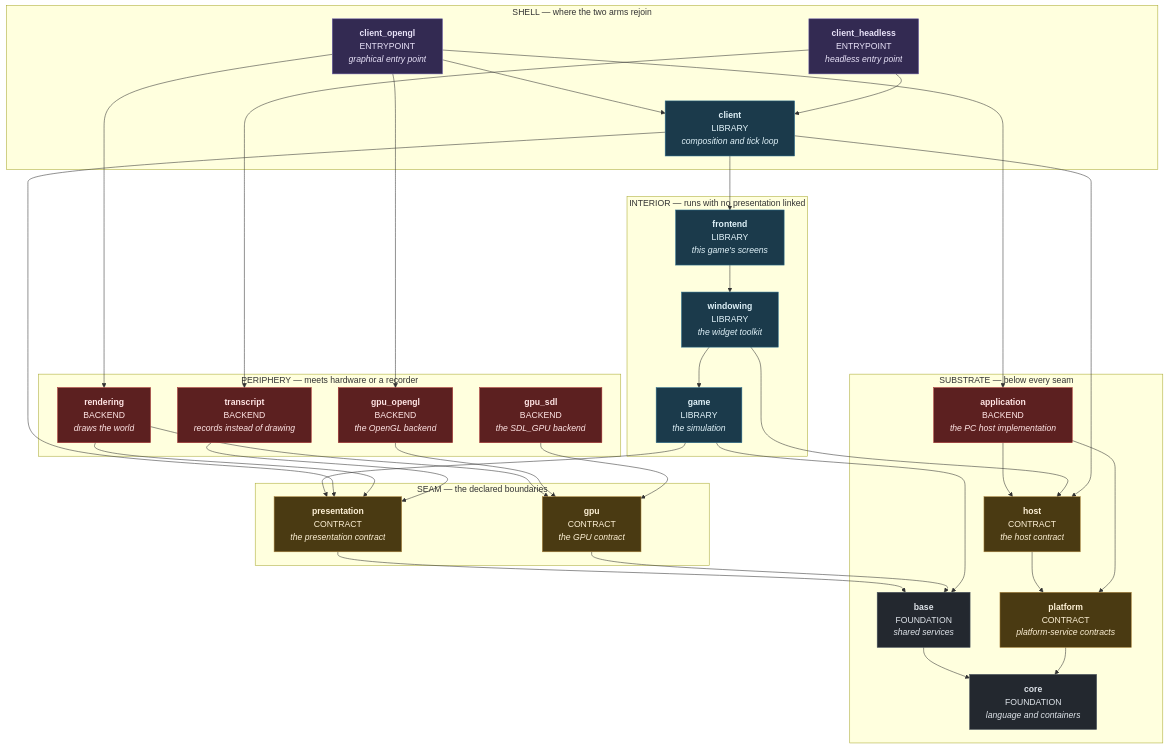
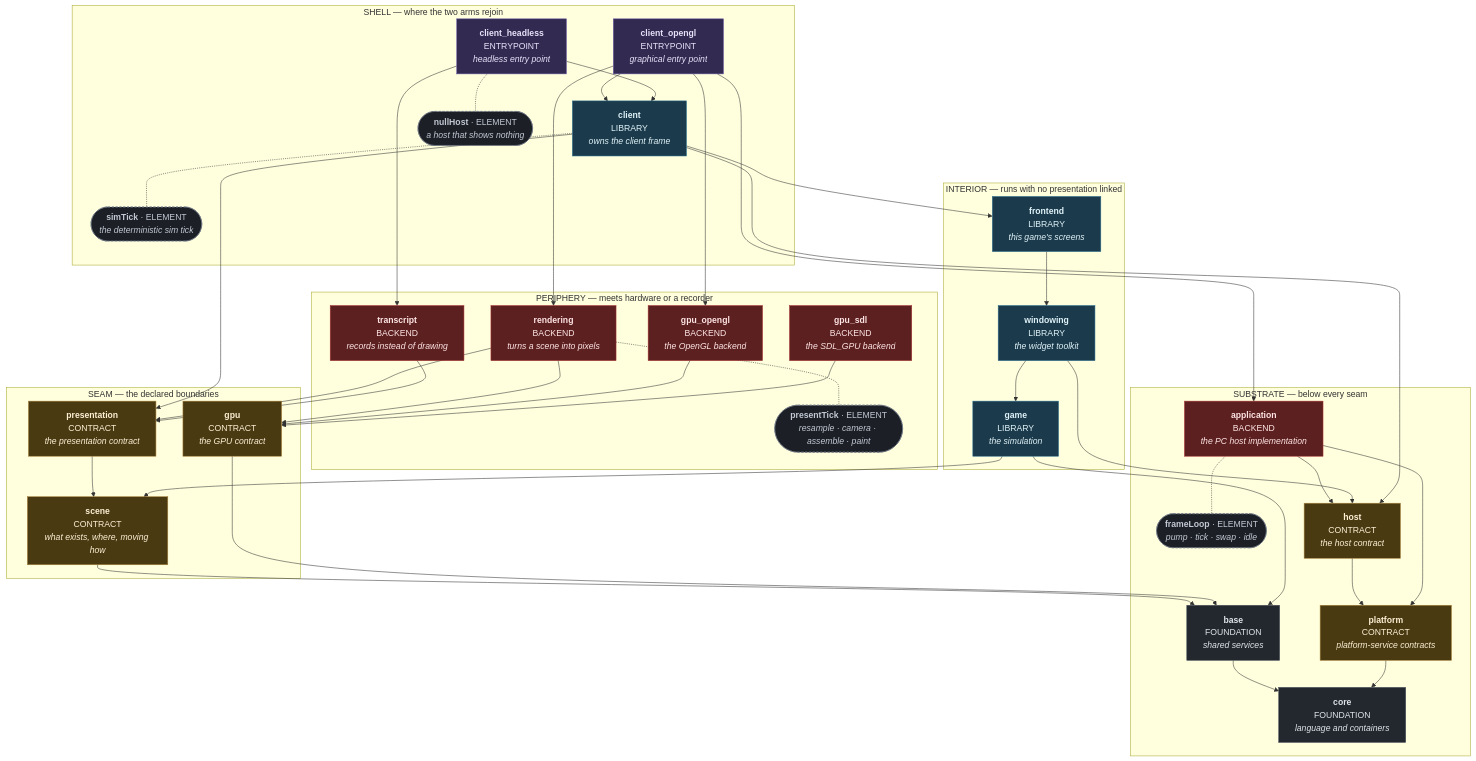
One commit to apnex/OpenStarbound changed the second of 2 diagrams in docs/superpowers/specs/2026-08-01-sovereign-headless-client-design.md. Above: the diagram before and after it, drawn with Mermaid. The commit also changed other lines of this file, not shown here.

````diff
--- a/docs/superpowers/specs/2026-08-01-sovereign-headless-client-design.md
+++ b/docs/superpowers/specs/2026-08-01-sovereign-headless-client-design.md
@@ -335,9 +382,11 @@
 ```mermaid
 flowchart TD
   subgraph Z_SHELL ["SHELL — where the two arms rejoin"]
-    shell["<b>client</b><br/>LIBRARY<br/><i>composition and tick loop</i>"]
+    shell["<b>client</b><br/>LIBRARY<br/><i>owns the client frame</i>"]
+    simtick(["<b>simTick</b> · ELEMENT<br/><i>the deterministic sim tick</i>"])
     cgl["<b>client_opengl</b><br/>ENTRYPOINT<br/><i>graphical entry point</i>"]
     chl["<b>client_headless</b><br/>ENTRYPOINT<br/><i>headless entry point</i>"]
+    nullhost(["<b>nullHost</b> · ELEMENT<br/><i>a host that shows nothing</i>"])
   end
 
   subgraph Z_INT ["INTERIOR — runs with no presentation linked"]
@@ -347,19 +396,22 @@
   end
 
   subgraph Z_PER ["PERIPHERY — meets hardware or a recorder"]
-    rend["<b>rendering</b><br/>BACKEND<br/><i>draws the world</i>"]
+    rend["<b>rendering</b><br/>BACKEND<br/><i>turns a scene into pixels</i>"]
+    presenttick(["<b>presentTick</b> · ELEMENT<br/><i>resample · camera · assemble · paint</i>"])
     tr["<b>transcript</b><br/>BACKEND<br/><i>records instead of drawing</i>"]
     glb["<b>gpu_opengl</b><br/>BACKEND<br/><i>the OpenGL backend</i>"]
     sdlb["<b>gpu_sdl</b><br/>BACKEND<br/><i>the SDL_GPU backend</i>"]
   end
 
   subgraph Z_SEAM ["SEAM — the declared boundaries"]
+    scene["<b>scene</b><br/>CONTRACT<br/><i>what exists, where, moving how</i>"]
     contract["<b>presentation</b><br/>CONTRACT<br/><i>the presentation contract</i>"]
     gpu["<b>gpu</b><br/>CONTRACT<br/><i>the GPU contract</i>"]
   end
 
   subgraph Z_SUB ["SUBSTRATE — below every seam"]
     app["<b>application</b><br/>BACKEND<br/><i>the PC host implementation</i>"]
+    frameloop(["<b>frameLoop</b> · ELEMENT<br/><i>pump · tick · swap · idle</i>"])
     host["<b>host</b><br/>CONTRACT<br/><i>the host contract</i>"]
     platform["<b>platform</b><br/>CONTRACT<br/><i>platform-service contracts</i>"]
     base["<b>base</b><br/>FOUNDATION<br/><i>shared services</i>"]
@@ -373,10 +425,11 @@
   app --> platform
   win --> host
   shell --> host
-  contract --> base
+  scene --> base
+  contract --> scene
   gpu --> base
   game --> base
-  game --> contract
+  game --> scene
   win --> game
   front --> win
   shell --> front
@@ -393,14 +446,21 @@
   chl --> shell
   chl --> tr
 
+  app -.- frameloop
+  shell -.- simtick
+  rend -.- presenttick
+  chl -.- nullhost
+
   classDef kFoundation fill:#23282f,stroke:#4a545e,color:#dfe4ea
   classDef kContract   fill:#4a3a12,stroke:#a8813a,color:#fdf0d5
   classDef kBackend    fill:#5c2020,stroke:#aa3333,color:#ffe5e5
   classDef kLibrary    fill:#1b3a4b,stroke:#2c6e8f,color:#e0f2f9
   classDef kEntrypoint fill:#332a52,stroke:#6d5fa8,color:#e8e2f8
+  classDef kElement    fill:#1c1f25,stroke:#6b7482,color:#c2c9d4,stroke-dasharray:4 3
   class core,base kFoundation
-  class platform,host,contract,gpu kContract
+  class platform,host,scene,contract,gpu kContract
   class app,rend,tr,glb,sdlb kBackend
   class game,win,front,shell kLibrary
   class cgl,chl kEntrypoint
+  class frameloop,simtick,presenttick,nullhost kElement
 ```
````
